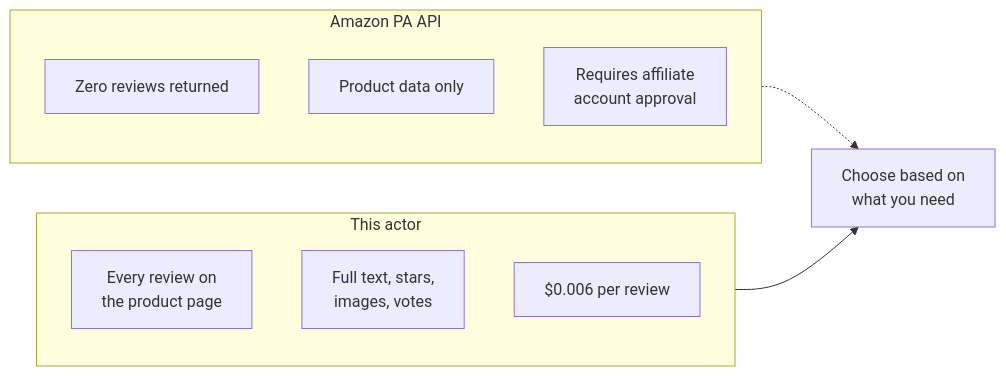
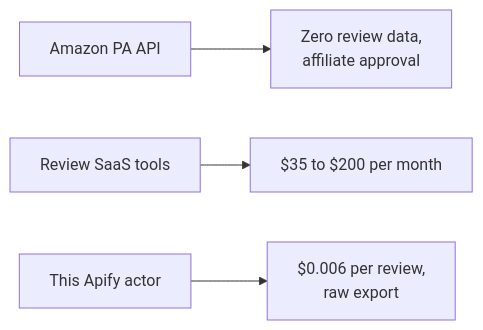
Before and after one commit to Ken-Mutisya/scrapemint: the third of 3 diagrams in actors/amazon-review-intelligence/README.md, drawn with Mermaid. The commit also changed other lines of this file and 3 other files, not shown here.

First line of the commit message:
Tighten Reddit, HN, Product Hunt, and Amazon READMEs for organic search

````diff
--- a/actors/amazon-review-intelligence/README.md
+++ b/actors/amazon-review-intelligence/README.md
@@ -49,15 +100,6 @@
 ```mermaid
 flowchart LR
-    subgraph Official[Amazon PA API]
-        A1[Zero reviews returned]
-        A2[Product data only]
-        A3[Requires affiliate<br/>account approval]
-    end
-    subgraph Actor[This actor]
-        B1[Every review on<br/>the product page]
-        B2[Full text, stars,<br/>images, votes]
-        B3[$0.006 per review]
-    end
-    Official -.-> X[Choose based on<br/>what you need]
-    Actor --> X
+    P[Amazon PA API] --> X[Zero review data,<br/>affiliate approval]
+    S[Review SaaS tools] --> Y[$35 to $200 per month]
+    A[This Apify actor] --> Z[$0.006 per review,<br/>raw export]
 ```
````
